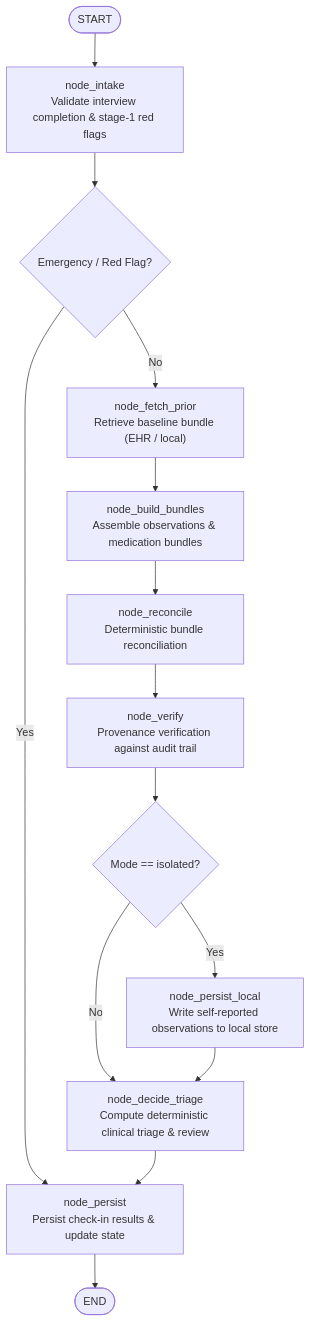
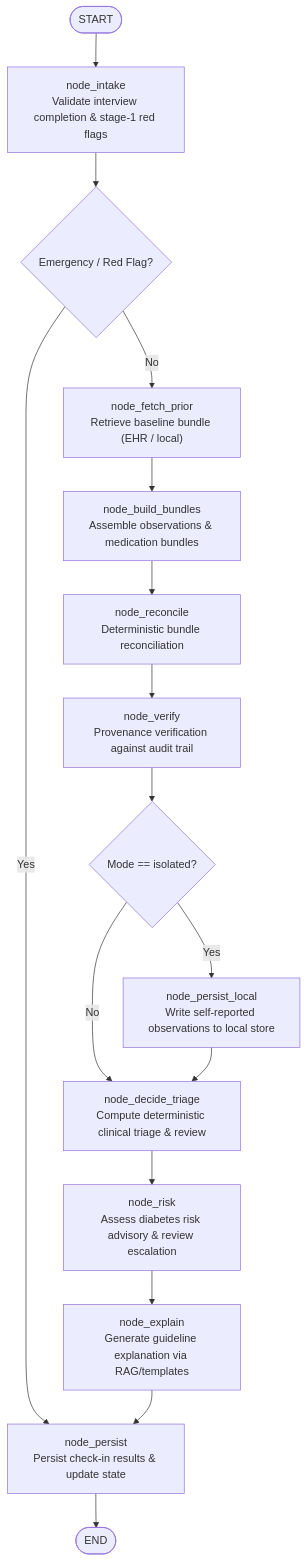
One commit to UsmanBari/ChronicCare-AI changed the diagram in docs/ORCHESTRATOR.md. Above: the diagram before and after it, drawn with Mermaid. The commit also changed other lines of this file and 7 other files, not shown here.

Commit message:
docs(api): publish risk and explanation API contract and update architecture docs

````diff
--- a/docs/ORCHESTRATOR.md
+++ b/docs/ORCHESTRATOR.md
@@ -46,22 +48,24 @@
 ```mermaid
 flowchart TD
     START([START]) --> intake["node_intake<br/>Validate interview completion & stage-1 red flags"]
     
     intake --> is_emergency{Emergency / Red Flag?}
     
     is_emergency -- Yes --> persist["node_persist<br/>Persist check-in results & update state"]
     is_emergency -- No --> fetch_prior["node_fetch_prior<br/>Retrieve baseline bundle (EHR / local)"]
     
     fetch_prior --> build_bundles["node_build_bundles<br/>Assemble observations & medication bundles"]
     build_bundles --> reconcile["node_reconcile<br/>Deterministic bundle reconciliation"]
     reconcile --> verify["node_verify<br/>Provenance verification against audit trail"]
     
     verify --> is_isolated{Mode == isolated?}
     
     is_isolated -- Yes --> persist_local["node_persist_local<br/>Write self-reported observations to local store"]
     is_isolated -- No --> decide_triage["node_decide_triage<br/>Compute deterministic clinical triage & review"]
     
     persist_local --> decide_triage
-    decide_triage --> persist
+    decide_triage --> risk["node_risk<br/>Assess diabetes risk advisory & review escalation"]
+    risk --> explain["node_explain<br/>Generate guideline explanation via RAG/templates"]
+    explain --> persist
     persist --> END([END])
 ```
````
